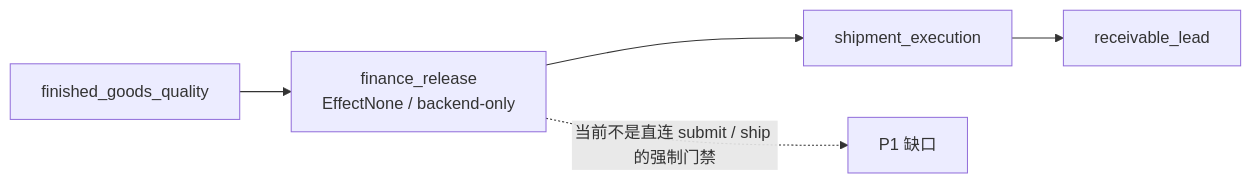
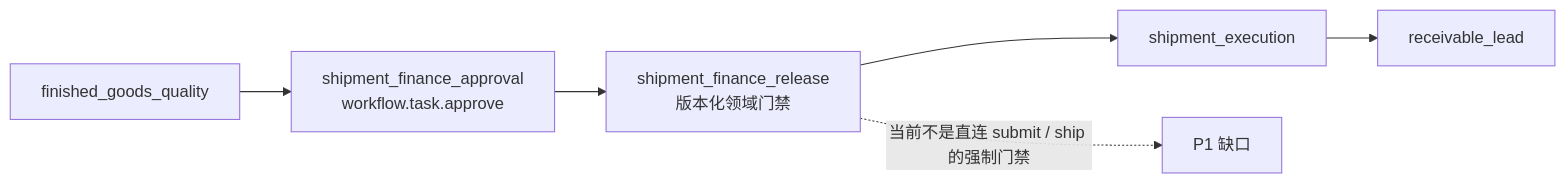
Diagram 12 of 17 in docs/customers/yoyoosun/角色能力与流程矩阵.md (saurick/plush-toy-erp), drawn with Mermaid before and after one commit. The commit also changed other lines of this file and 89 other files, not shown here.

````diff
--- a/docs/customers/yoyoosun/角色能力与流程矩阵.md
+++ b/docs/customers/yoyoosun/角色能力与流程矩阵.md
@@ -701,5 +701,5 @@
 ```mermaid
 flowchart LR
-  fgQc["finished_goods_quality"] --> financeGate["finance_release<br/>EffectNone / backend-only"] --> execution["shipment_execution"] --> receivable["receivable_lead"]
+  fgQc["finished_goods_quality"] --> approval["shipment_finance_approval<br/>workflow.task.approve"] --> financeGate["shipment_finance_release<br/>版本化领域门禁"] --> execution["shipment_execution"] --> receivable["receivable_lead"]
   financeGate -. "当前不是直连 submit / ship 的强制门禁" .-> gap["P1 缺口"]
 ```
````
